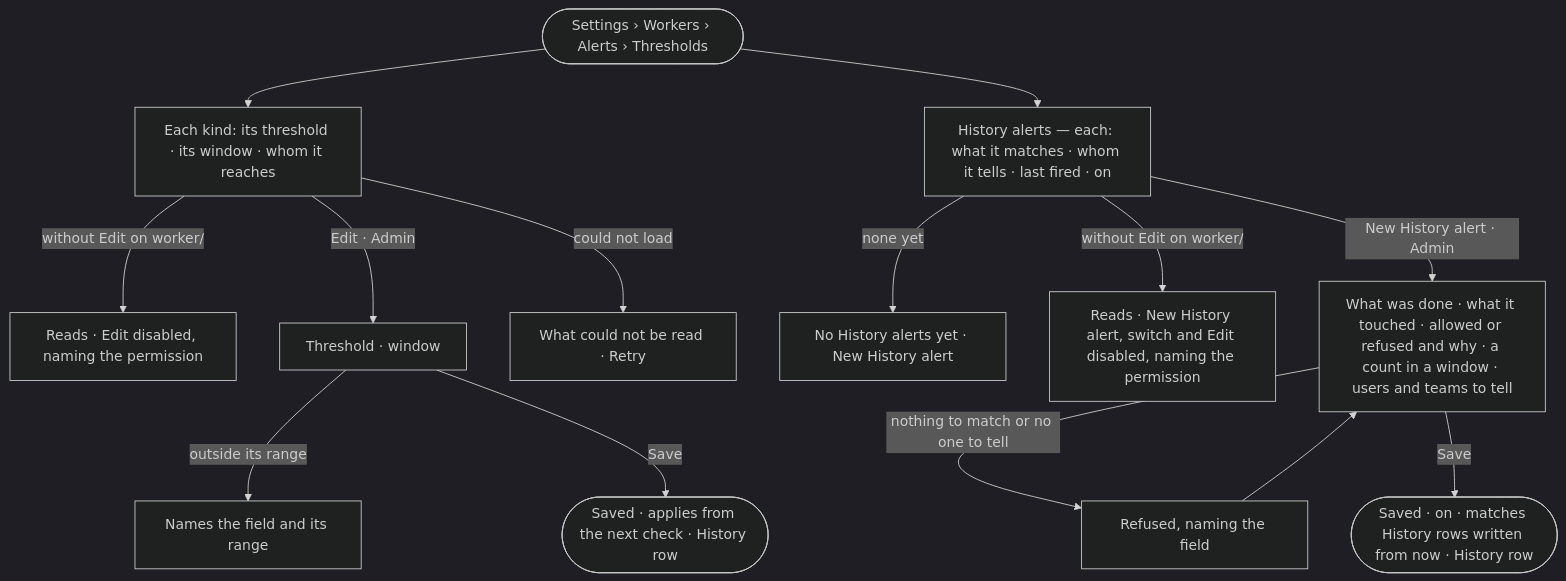
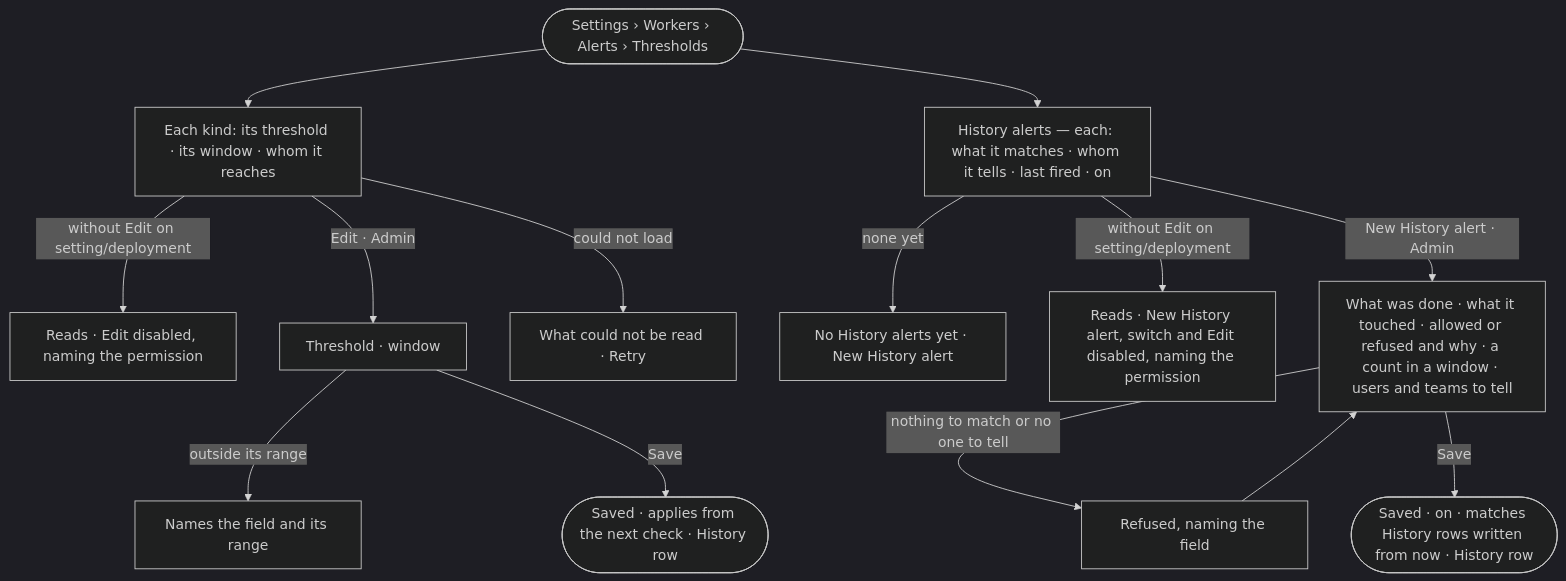
Before and after one commit to invana/invana: the diagram in specs/os/control/features/CP-F11-ops-alerting/stories/CP-60-tune-when-ops-alerts-fire/story.md, drawn with Mermaid (dark theme). The commit also changed other lines of this file and 13 other files, not shown here.

Commit message:
docs(specs): limits and ops alerts need Edit on Deployment settings

````diff
--- a/specs/os/control/features/CP-F11-ops-alerting/stories/CP-60-tune-when-ops-alerts-fire/story.md
+++ b/specs/os/control/features/CP-F11-ops-alerting/stories/CP-60-tune-when-ops-alerts-fire/story.md
@@ -27,15 +27,15 @@
 ```mermaid
 flowchart TD
   s([Settings › Workers › Alerts › Thresholds]) --> l["Each kind: its threshold · its window · whom it reaches"]
-  l -->|without Edit on worker/<group>| ro["Reads · Edit disabled, naming the permission"]
+  l -->|without Edit on setting/deployment| ro["Reads · Edit disabled, naming the permission"]
   l -->|Edit · Admin| e["Threshold · window"]
   e -->|outside its range| r["Names the field and its range"]
   e -->|Save| ok(["Saved · applies from the next check · History row"])
   l -->|could not load| f["What could not be read · Retry"]
   s --> h["History alerts — each: what it matches · whom it tells · last fired · on"]
   h -->|none yet| he["No History alerts yet · New History alert"]
-  h -->|without Edit on worker/<group>| hro["Reads · New History alert, switch and Edit disabled, naming the permission"]
+  h -->|without Edit on setting/deployment| hro["Reads · New History alert, switch and Edit disabled, naming the permission"]
   h -->|New History alert · Admin| hn["What was done · what it touched · allowed or refused and why · a count in a window · users and teams to tell"]
   hn -->|nothing to match or no one to tell| hx["Refused, naming the field"] --> hn
   hn -->|Save| hok(["Saved · on · matches History rows written from now · History row"])
 ```
````
